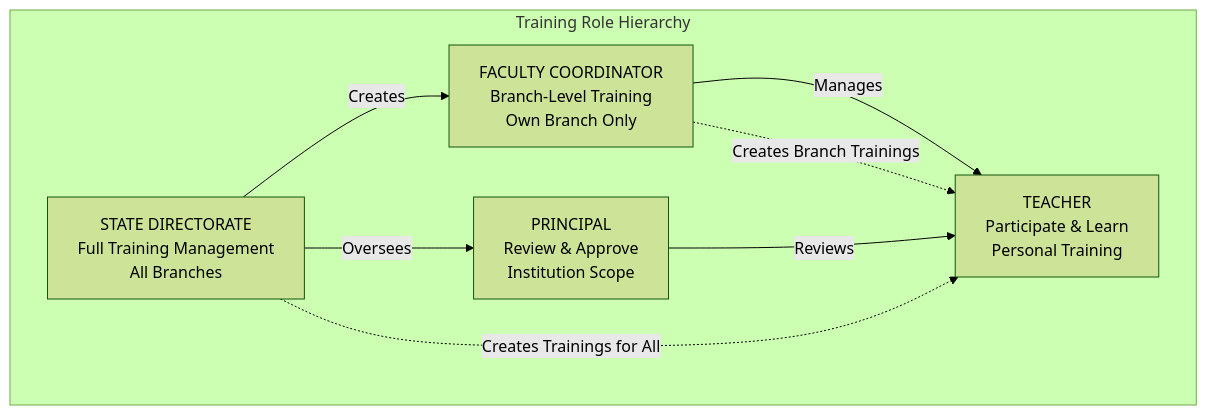
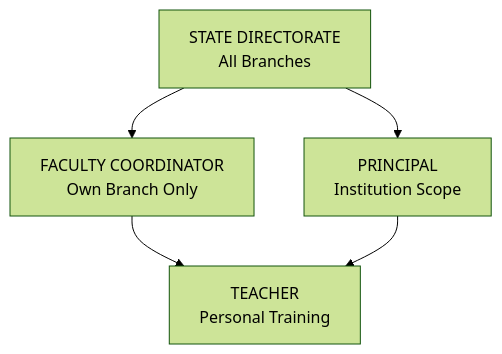
One commit to gunjangupta-gh/placeintern changed the second of 49 diagrams in TRAINING_CALENDAR_FLOW_DIAGRAMS.md. Above: the diagram before and after it, drawn with Mermaid (forest theme). The commit also changed other lines of this file and 6 other files, not shown here.

````diff
--- a/TRAINING_CALENDAR_FLOW_DIAGRAMS.md
+++ b/TRAINING_CALENDAR_FLOW_DIAGRAMS.md
@@ -71,17 +39,7 @@
 ```mermaid
 flowchart TD
-    subgraph Hierarchy["Training Role Hierarchy"]
-        STATE_ADMIN["STATE DIRECTORATE<br/>Full Training Management<br/>All Branches"]
-        COORD_ADMIN["FACULTY COORDINATOR<br/>Branch-Level Training<br/>Own Branch Only"]
-        PRINCIPAL_ROLE["PRINCIPAL<br/>Review & Approve<br/>Institution Scope"]
-        TEACHER_ROLE["TEACHER<br/>Participate & Learn<br/>Personal Training"]
-    end
-
-    STATE_ADMIN --> |Creates| COORD_ADMIN
-    STATE_ADMIN --> |Oversees| PRINCIPAL_ROLE
-    COORD_ADMIN --> |Manages| TEACHER_ROLE
-    PRINCIPAL_ROLE --> |Reviews| TEACHER_ROLE
-
-    STATE_ADMIN -.-> |Creates Trainings for All| TEACHER_ROLE
-    COORD_ADMIN -.-> |Creates Branch Trainings| TEACHER_ROLE
+    A["STATE DIRECTORATE<br/>All Branches"]-->B & C
+    B["FACULTY COORDINATOR<br/>Own Branch Only"]-->D
+    C["PRINCIPAL<br/>Institution Scope"]-->D
+    D["TEACHER<br/>Personal Training"]
 ```
````
